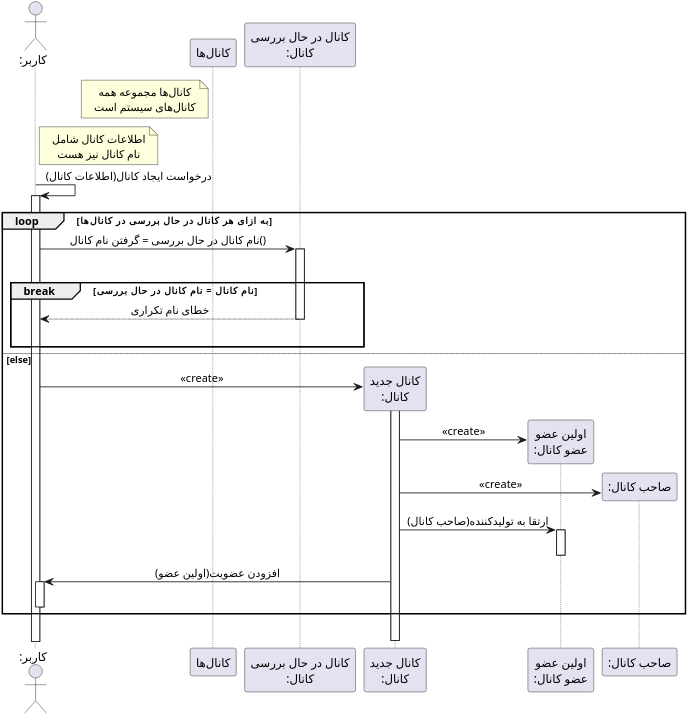
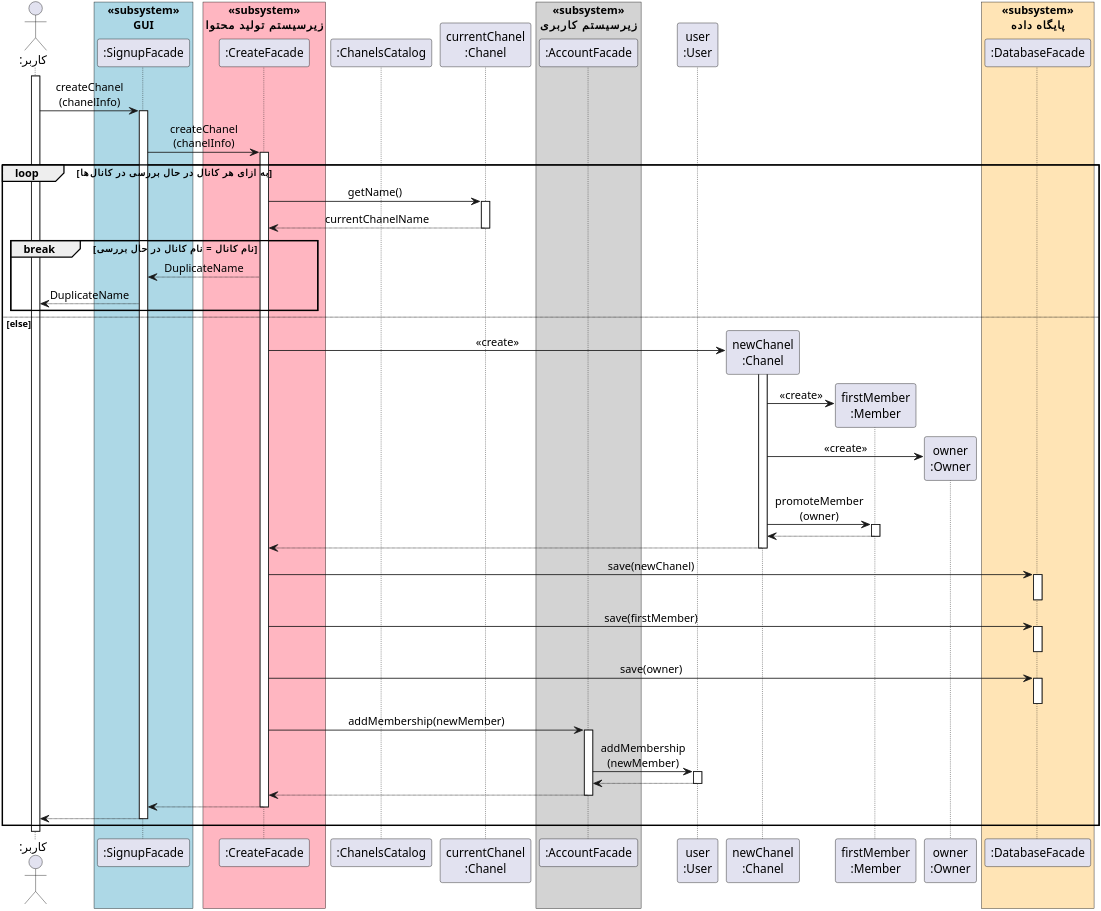
The diagram in Diagrams/Design Sequence/CreateChanel.puml (soleyman79/Qasedak), drawn with PlantUML before and after one commit.

Commit message:
Add create chanel

```diff
--- a/Diagrams/Design Sequence/CreateChanel.puml
+++ b/Diagrams/Design Sequence/CreateChanel.puml
@@ -1,54 +1,82 @@
 @startuml create_chanel
 
 
 scale 4
 skinparam DefaultFontName Vazir
 skinparam DefaultTextAlignment center
 
  
 actor ":کاربر" as user
-participant "کانال‌ها" as chanels
-participant "کانال در حال بررسی\n:کانال" as current_chanel
-participant "کانال جدید\n:کانال" as new_chanel
-participant "اولین عضو\n:عضو کانال" as first_member
-participant ":صاحب کانال" as owner
+box "«subsystem»\nGUI" #LightBlue
+participant ":SignupFacade" as ui
+end box
+box "«subsystem»\nزیرسیستم تولید محتوا" #LightPink
+participant ":CreateFacade" as createFacade
+end box
+participant ":ChanelsCatalog" as chanels
+participant "currentChanel\n:Chanel" as currentChanel
+box "«subsystem»\nزیرسیستم کاربری" #LightGray
+participant ":AccountFacade" as accountFacade
+end box
+participant "user\n:User" as userObj
+participant "newChanel\n:Chanel" as newChanel
+participant "firstMember\n:Member" as firstMember
+participant "owner\n:Owner" as owner
+box "«subsystem»\nپایگاه داده" #Moccasin
+participant ":DatabaseFacade" as db
+end box
 
 
-note left chanels
-کانال‌ها مجموعه همه
-کانال‌های سیستم است
-end note
-
-note right user
-اطلاعات کانال شامل
-نام کانال نیز هست
-end note
-
-user -> user : درخواست ایجاد کانال(اطلاعات کانال)
 activate user
+user -> ui: createChanel\n(chanelInfo)
+activate ui
+ui -> createFacade: createChanel\n(chanelInfo)
+activate createFacade
 loop به ازای هر کانال در حال بررسی در کانال‌ها
-    user -> current_chanel : نام کانال در حال بررسی = گرفتن نام کانال()
-    activate current_chanel
-    |||
+    createFacade -> currentChanel: getName()
+    activate currentChanel
+    currentChanel --> createFacade: currentChanelName
+    deactivate currentChanel
     break نام کانال = نام کانال در حال بررسی
-        current_chanel --> user : خطای نام تکراری
-        |||
-        deactivate current_chanel
+        createFacade --> ui: DuplicateName
+        ui --> user: DuplicateName
     end
 else else
-    user -> new_chanel ** : «create»
-    activate new_chanel
-    new_chanel -> first_member ** : «create»
-    new_chanel -> owner ** : «create»
-    new_chanel -> first_member : ارتقا به تولیدکننده(صاحب کانال)
-    activate first_member
-    deactivate first_member
-    new_chanel -> user : افزودن عضویت(اولین عضو)
-    activate user
-    deactivate user
+    createFacade -> newChanel **: «create»
+    activate newChanel
+    newChanel -> firstMember ** : «create»
+    newChanel -> owner ** : «create»
+    newChanel -> firstMember : promoteMember\n(owner)
+    activate firstMember
+    firstMember --> newChanel
+    deactivate firstMember
+    newChanel --> createFacade
+    deactivate newChanel
+
+    createFacade -> db: save(newChanel)
+    activate db
+    deactivate db
+    createFacade -> db: save(firstMember)
+    activate db
+    deactivate db
+    createFacade -> db: save(owner)
+    activate db
+    deactivate db
+
+    createFacade -> accountFacade: addMembership(newMember)
+    activate accountFacade
+    accountFacade -> userObj: addMembership\n(newMember)
+    activate userObj
+    userObj --> accountFacade
+    deactivate userObj
+    accountFacade --> createFacade
+    deactivate accountFacade
+    createFacade --> ui
+    deactivate createFacade
+    ui --> user
+    deactivate ui
 end
-|||
-deactivate
+deactivate user
 
 
 @enduml
```
